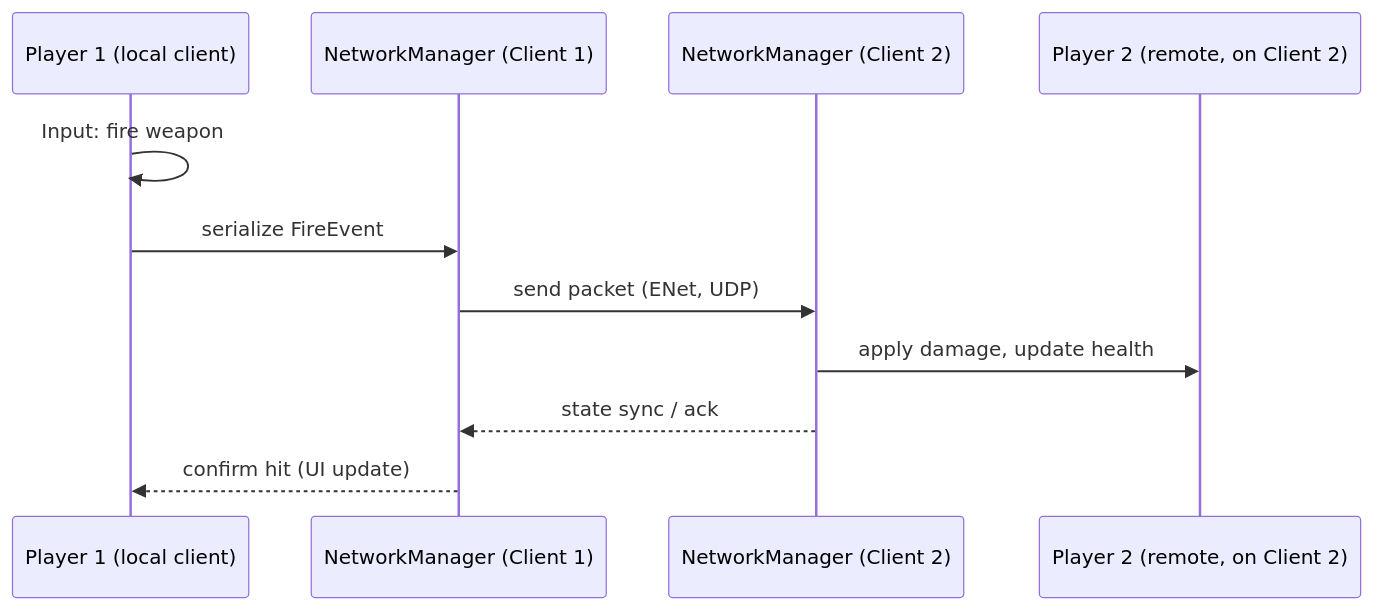
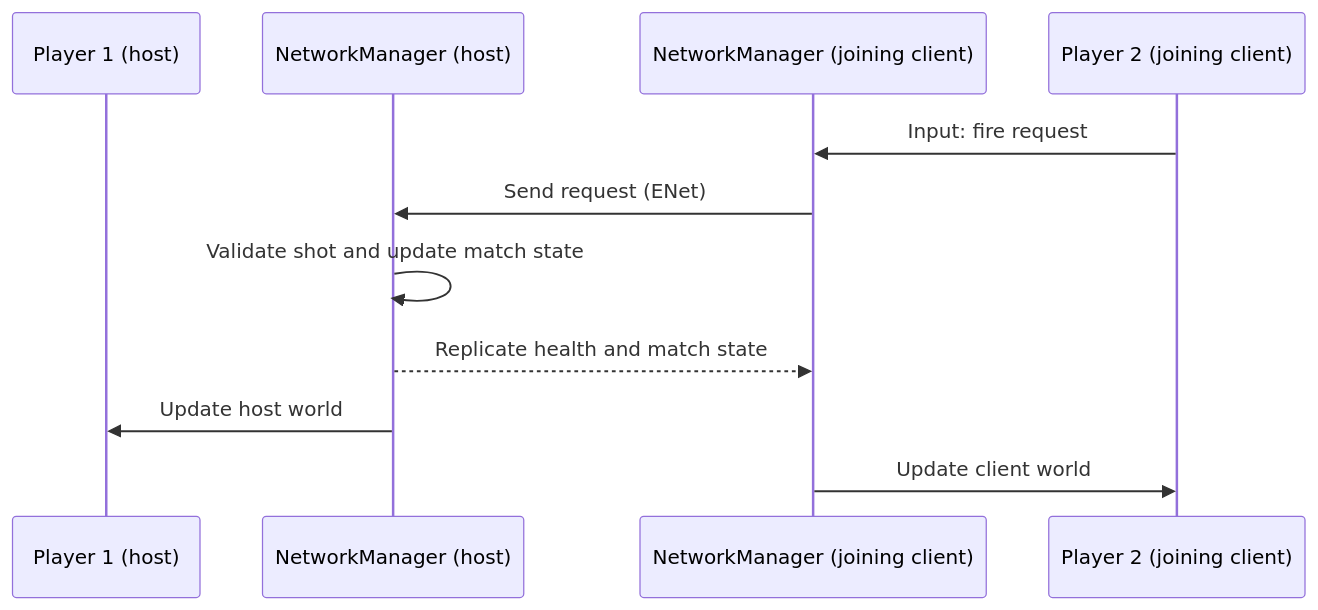
The third of 5 diagrams in README.md (aditya9064/C-Final-Project), drawn with Mermaid before and after one commit. The commit also changed other lines of this file and 14 other files, not shown here.

````diff
--- a/README.md
+++ b/README.md
@@ -154,14 +164,14 @@
 ```mermaid
 sequenceDiagram
-    participant P1 as Player 1 (local client)
-    participant N1 as NetworkManager (Client 1)
-    participant N2 as NetworkManager (Client 2)
-    participant P2 as Player 2 (remote, on Client 2)
+    participant P1 as Player 1 (host)
+    participant N1 as NetworkManager (host)
+    participant N2 as NetworkManager (joining client)
+    participant P2 as Player 2 (joining client)
 
-    P1->>P1: Input: fire weapon
-    P1->>N1: serialize FireEvent
-    N1->>N2: send packet (ENet, UDP)
-    N2->>P2: apply damage, update health
-    N2-->>N1: state sync / ack
-    N1-->>P1: confirm hit (UI update)
+    P2->>N2: Input: fire request
+    N2->>N1: Send request (ENet)
+    N1->>N1: Validate shot and update match state
+    N1-->>N2: Replicate health and match state
+    N1->>P1: Update host world
+    N2->>P2: Update client world
 ```
````
